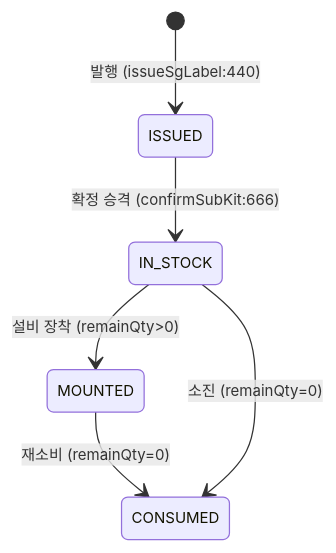
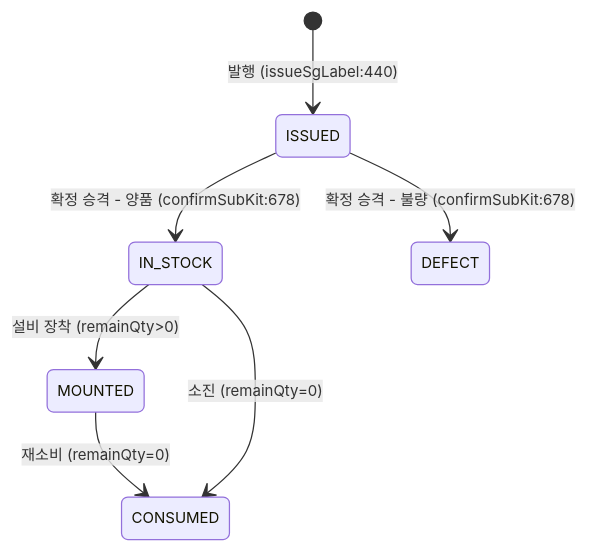
One commit to YouHyuksoo/HANES changed the fifth of 6 diagrams in docs/business-logics/PROD_KITTING.md. Above: the diagram before and after it, drawn with Mermaid. The commit also changed other lines of this file and 3 other files, not shown here.

````diff
--- a/docs/business-logics/PROD_KITTING.md
+++ b/docs/business-logics/PROD_KITTING.md
@@ -223,9 +232,10 @@
 ```mermaid
 %%{init: {'themeVariables': {'fontSize': '12px'}}}%%
 stateDiagram-v2
     [*] --> ISSUED : 발행 (issueSgLabel:440)
-    ISSUED --> IN_STOCK : 확정 승격 (confirmSubKit:666)
+    ISSUED --> IN_STOCK : 확정 승격 - 양품 (confirmSubKit:678)
+    ISSUED --> DEFECT : 확정 승격 - 불량 (confirmSubKit:678)
     IN_STOCK --> MOUNTED : 설비 장착 (remainQty>0)
     MOUNTED --> CONSUMED : 재소비 (remainQty=0)
     IN_STOCK --> CONSUMED : 소진 (remainQty=0)
 ```
````
